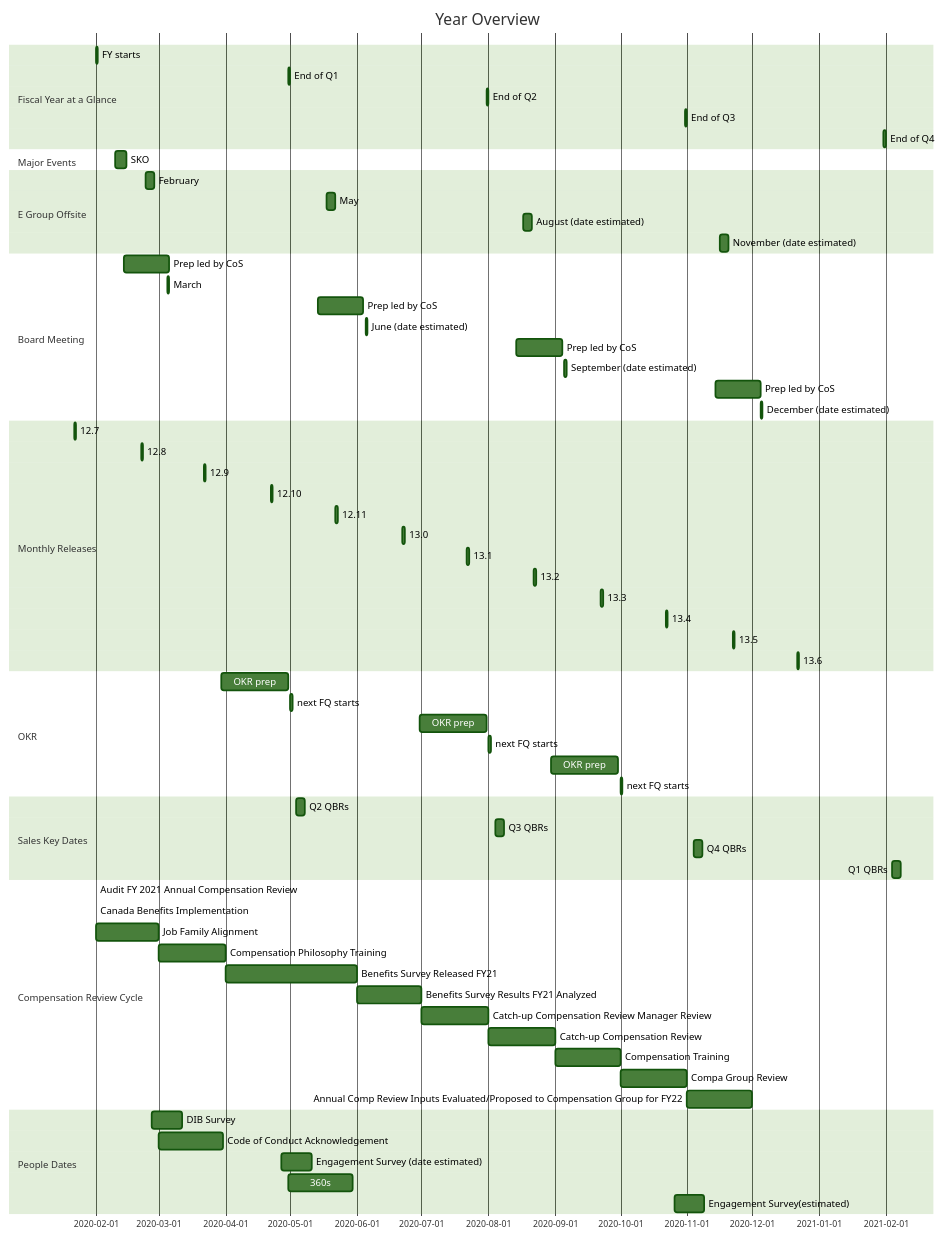
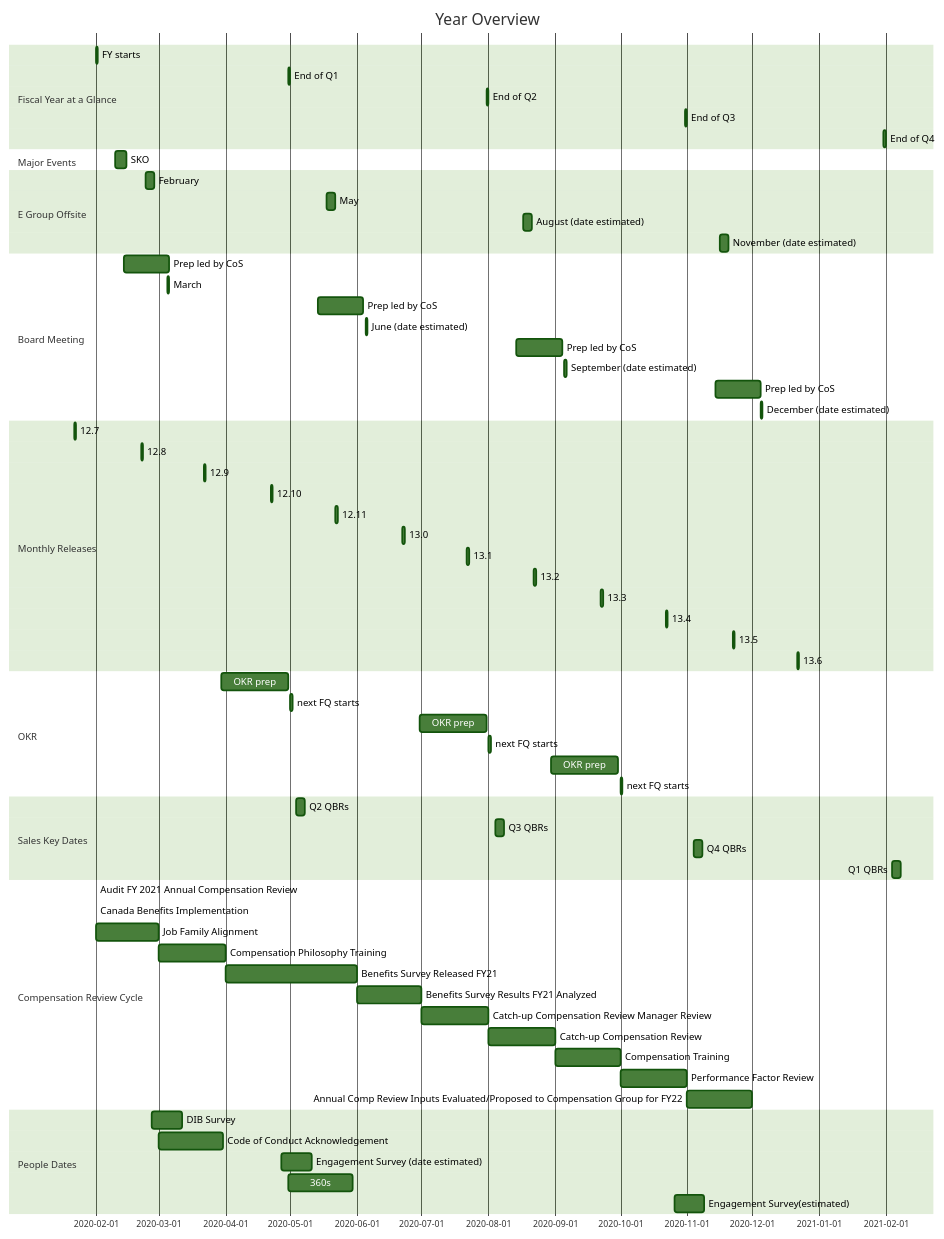
The diagram in ceo/cadence/index.html.md (secretstartups/handbook), drawn with Mermaid (forest theme) before and after one commit.

Commit message:
Replace Compa Group with Performance Factor in Annual Comp Review

````diff
--- a/ceo/cadence/index.html.md
+++ b/ceo/cadence/index.html.md
@@ -30,80 +30,80 @@
 ```mermaid
 gantt
     title Year Overview
     dateFormat  YYYY-MM-DD
 
     section Fiscal Year at a Glance
     FY starts                   :2020-02-01, 1d
     End of Q1                   :2020-04-30, 1d
     End of Q2                   :2020-07-31, 1d
     End of Q3                   :2020-10-31, 1d
     End of Q4                   :2021-01-31, 1d
 
     section Major Events
     SKO                         :2020-02-10, 5d
 
     section E Group Offsite
     February                    :2020-02-24, 4d
     May                         :2020-05-18, 4d
     August (date estimated)     :2020-08-17, 4d
     November (date estimated)   :2020-11-16, 4d
 
     section Board Meeting
     Prep led by CoS             :2020-02-14, 21d
     March                       :2020-03-05, 1d
     Prep led by CoS             :2020-05-14, 21d
     June (date estimated)       :2020-06-05, 1d
     Prep led by CoS             :2020-08-14, 21d
     September (date estimated)  :2020-09-05, 1d
     Prep led by CoS             :2020-11-14, 21d
     December (date estimated)   :2020-12-05, 1d
 
     section Monthly Releases
     12.7                        :2020-01-22, 1d
     12.8                        :2020-02-22, 1d
     12.9                        :2020-03-22, 1d
     12.10                       :2020-04-22, 1d
     12.11                       :2020-05-22, 1d
     13.0                        :2020-06-22, 1d
     13.1                        :2020-07-22, 1d
     13.2                        :2020-08-22, 1d
     13.3                        :2020-09-22, 1d
     13.4                        :2020-10-22, 1d
     13.5                        :2020-11-22, 1d
     13.6                        :2020-12-22, 1d
 
     section OKR
     OKR prep                    :2020-03-30, 31d
     next FQ starts              :2020-05-01, 1d
     OKR prep                    :2020-06-30, 31d
     next FQ starts              :2020-08-01, 1d
     OKR prep                    :2020-08-30, 31d
     next FQ starts              :2020-10-01, 1d
 
     section Sales Key Dates
     Q2 QBRs                     :2020-05-04, 4d
     Q3 QBRs                     :2020-08-04, 4d
     Q4 QBRs                     :2020-11-04, 4d
     Q1 QBRs                     :2021-02-04, 4d
 
     section Compensation Review Cycle
     Audit FY 2021 Annual Compensation Review :2020-02-01
     Canada Benefits Implementation :2020-02-01
     Job Family Alignment         :2020-03-01
     Compensation Philosophy Training :2020-04-01
     Benefits Survey Released FY21 :2020-06-01
     Benefits Survey Results FY21 Analyzed :2020-07-01
     Catch-up Compensation Review Manager Review :2020-08-01
     Catch-up Compensation Review  :2020-09-01
     Compensation Training         :2020-10-01
-    Compa Group Review            :2020-11-01
+    Performance Factor Review            :2020-11-01
     Annual Comp Review Inputs Evaluated/Proposed to Compensation Group for FY22 :2020-12-01
 
 
     section People Dates
     DIB Survey                      :2020-02-27, 14d
     Code of Conduct Acknowledgement :2020-03-01, 30d
     Engagement Survey (date estimated) :2020-04-27, 14d
     360s                            :2020-04-30, 30d
     Engagement Survey(estimated)    :2020-10-26, 14d
 ```
````
